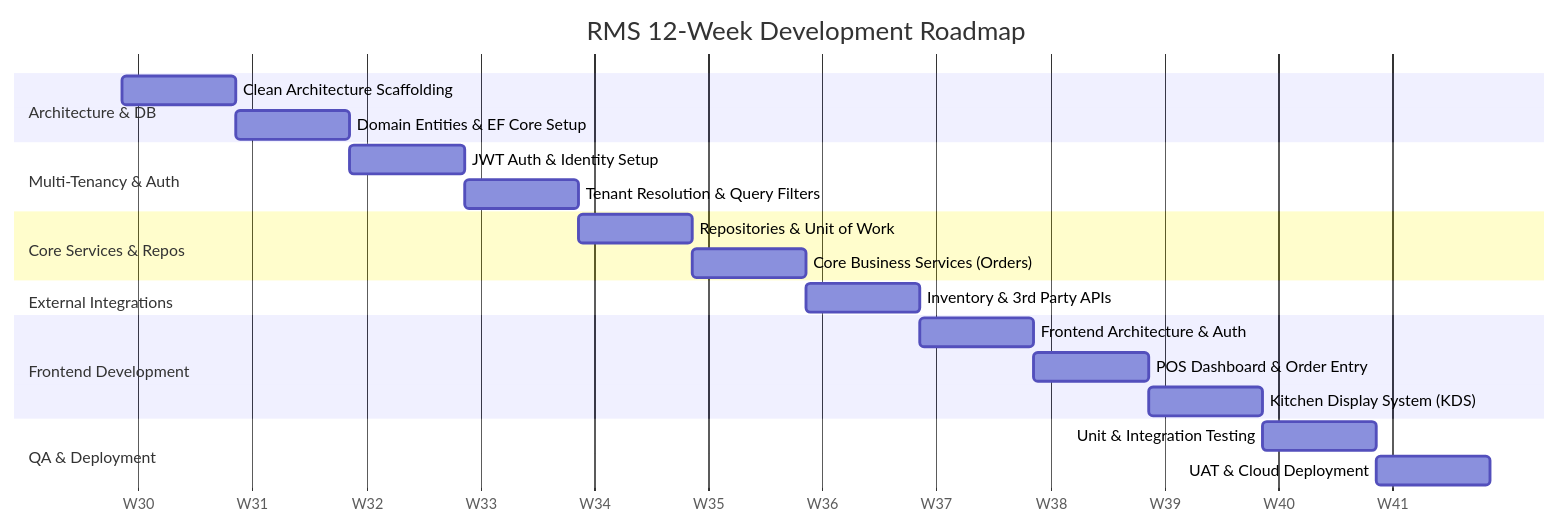
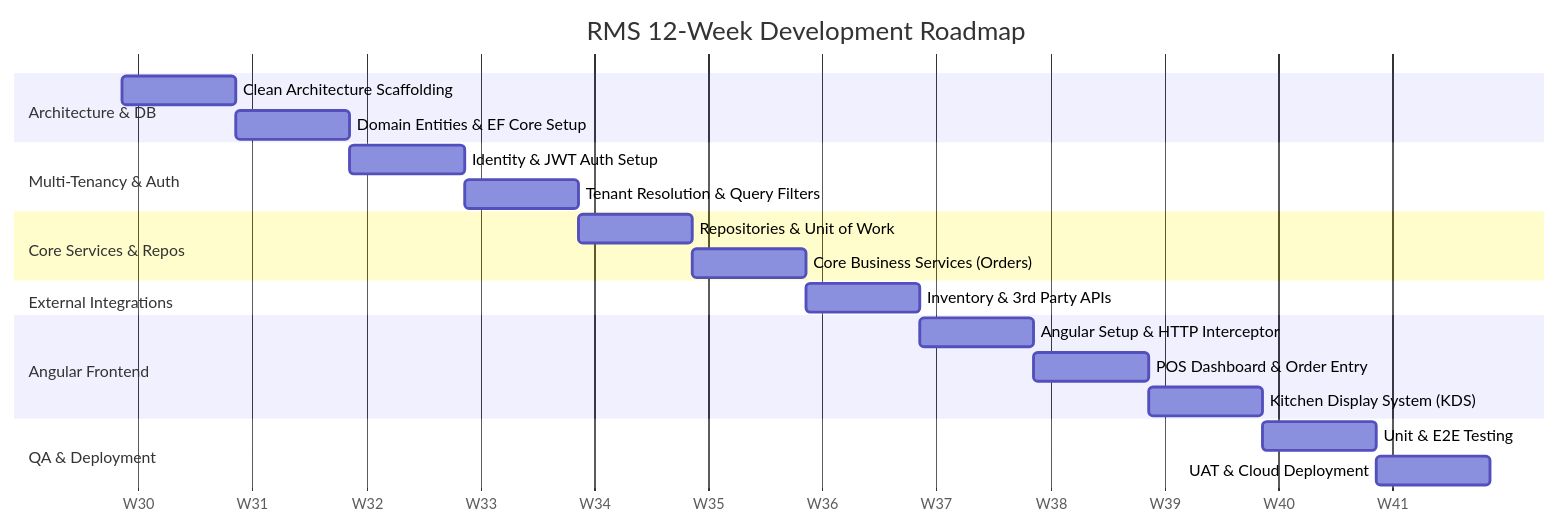
The sixth of 6 diagrams in FINAL_MASTER_DOCUMENTATION.md (shams909/Restaurant-management-system), drawn with Mermaid before and after one commit. The commit also changed other lines of this file, not shown here.

Commit message:
docs: update architecture documentation to reflect Angular SPA integration and project roadmap adjustments

````diff
--- a/FINAL_MASTER_DOCUMENTATION.md
+++ b/FINAL_MASTER_DOCUMENTATION.md
@@ -280,30 +282,30 @@
 ```mermaid
 gantt
     title RMS 12-Week Development Roadmap
     dateFormat  YYYY-MM-DD
     axisFormat  W%W
     
     section Architecture & DB
     Clean Architecture Scaffolding  :a1, 2026-08-01, 7d
     Domain Entities & EF Core Setup :a2, after a1, 7d
     
     section Multi-Tenancy & Auth
-    JWT Auth & Identity Setup       :b1, after a2, 7d
+    Identity & JWT Auth Setup       :b1, after a2, 7d
     Tenant Resolution & Query Filters:b2, after b1, 7d
     
     section Core Services & Repos
     Repositories & Unit of Work     :c1, after b2, 7d
     Core Business Services (Orders) :c2, after c1, 7d
     
     section External Integrations
     Inventory & 3rd Party APIs      :d1, after c2, 7d
     
-    section Frontend Development
-    Frontend Architecture & Auth    :e1, after d1, 7d
+    section Angular Frontend
+    Angular Setup & HTTP Interceptor:e1, after d1, 7d
     POS Dashboard & Order Entry     :e2, after e1, 7d
     Kitchen Display System (KDS)    :e3, after e2, 7d
     
     section QA & Deployment
-    Unit & Integration Testing      :f1, after e3, 7d
+    Unit & E2E Testing              :f1, after e3, 7d
     UAT & Cloud Deployment          :f2, after f1, 7d
 ```
````
